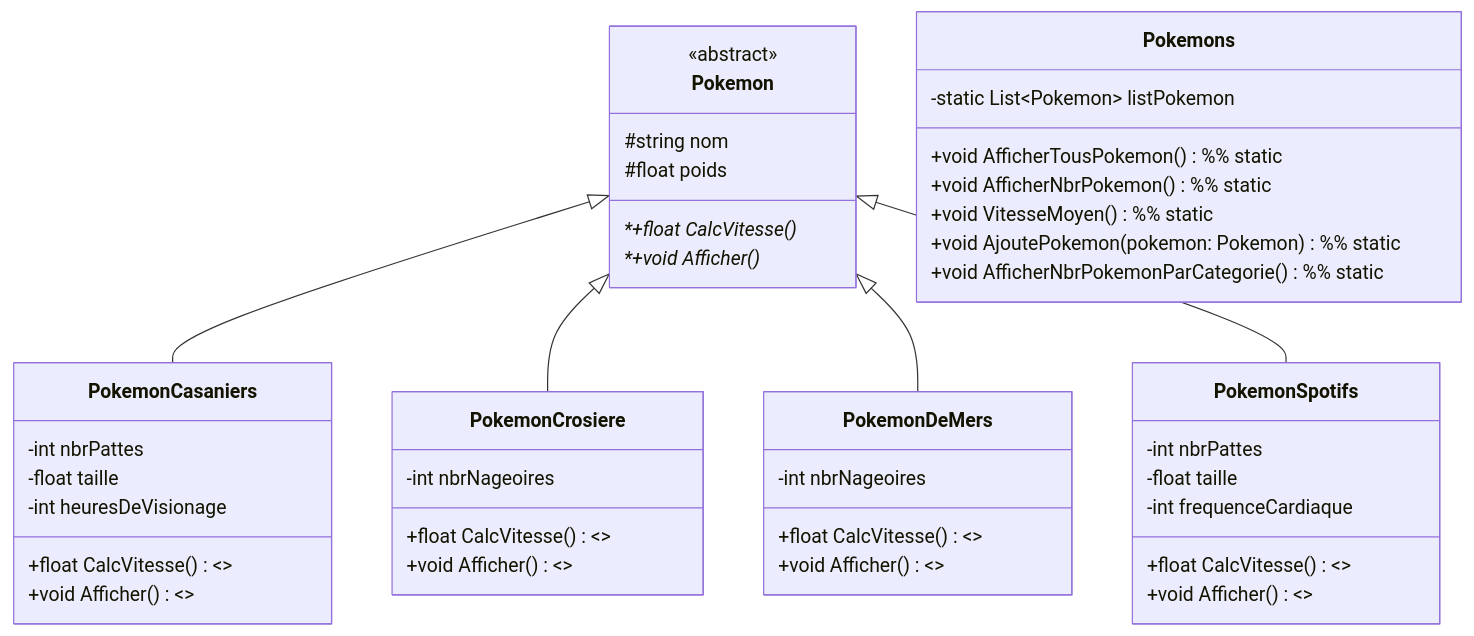
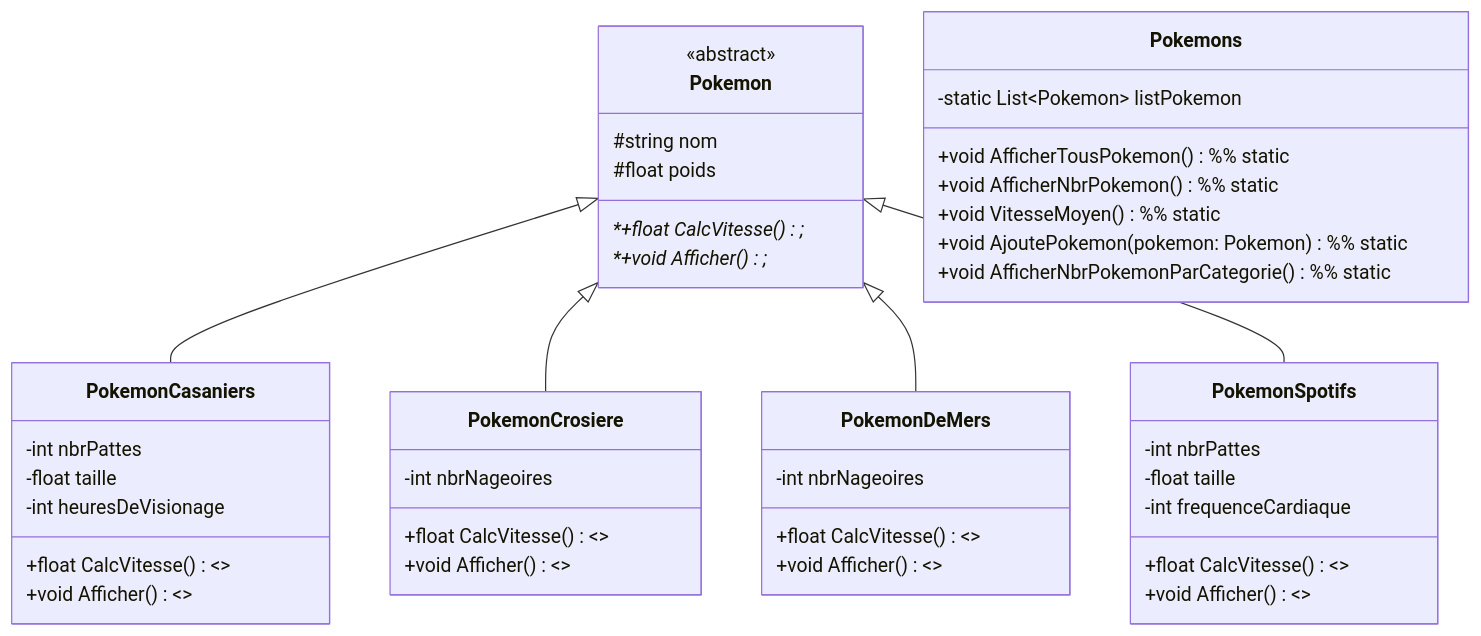
One commit to Lil-Code30/OOP_TP2 changed the diagram in uml-ex02.md. Above: the diagram before and after it, drawn with Mermaid. The commit also changed 1 other file, not shown here.

Commit message:
Fix UML method syntax in markdown examples
Added missing semicolons to method declarations in uml-ex01.md and uml-ex02.md for correct UML representation.

````diff
--- a/uml-ex02.md
+++ b/uml-ex02.md
@@ -3,60 +3,60 @@
 ```mermaid
 	classDiagram
 		class Pokemon{
 			<<abstract>>
 			#string nom
 			#float poids
 			
 
-			*+float CalcVitesse()*
-			*+void Afficher()*
+			*+float CalcVitesse()*;
+			*+void Afficher()*;
 		}
 
 		class Pokemons{
 			-static List~Pokemon~ listPokemon
 
 			+void AfficherTousPokemon() %% static
 			+void AfficherNbrPokemon() %% static
 			+void VitesseMoyen() %% static
 			+void AjoutePokemon(pokemon: Pokemon) %% static
 			+void AfficherNbrPokemonParCategorie() %% static
 		}
 		
 		class PokemonCasaniers{
 			-int nbrPattes
 			-float taille
 			-int heuresDeVisionage
 
 			+float CalcVitesse() <<override>>
 			+void Afficher() <<override>>
 		}
 
 		class PokemonCrosiere{
 			-int nbrNageoires
 
 			+float CalcVitesse() <<override>>
 			+void Afficher() <<override>>
 		}
 
 		class PokemonDeMers{
 			-int nbrNageoires
 
 			+float CalcVitesse() <<override>>
 			+void Afficher() <<override>>
 		}
 
 		class PokemonSpotifs{
 			-int nbrPattes
 			-float taille
 			-int frequenceCardiaque
 
 			+float CalcVitesse() <<override>>
 			+void Afficher() <<override>>
 		}
 
 
 		Pokemon <|-- PokemonCasaniers
 		Pokemon <|-- PokemonCrosiere
 		Pokemon <|-- PokemonDeMers
 		Pokemon <|-- PokemonSpotifs
 ```
````
